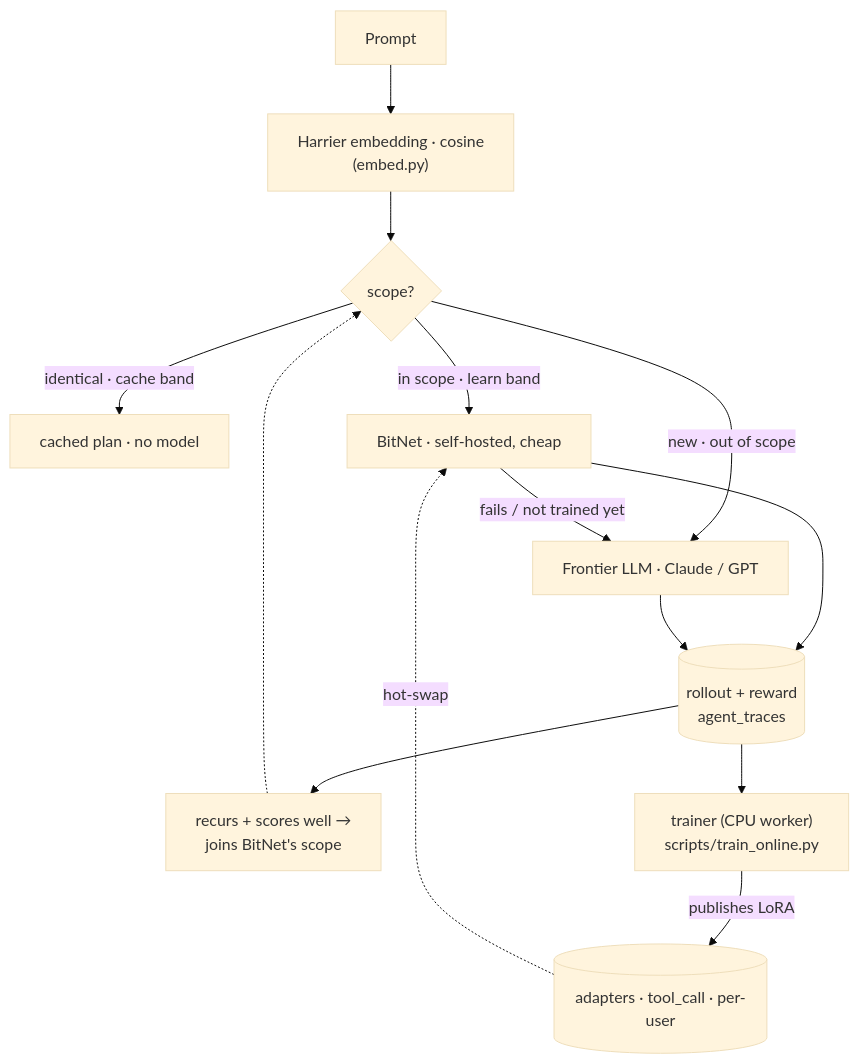
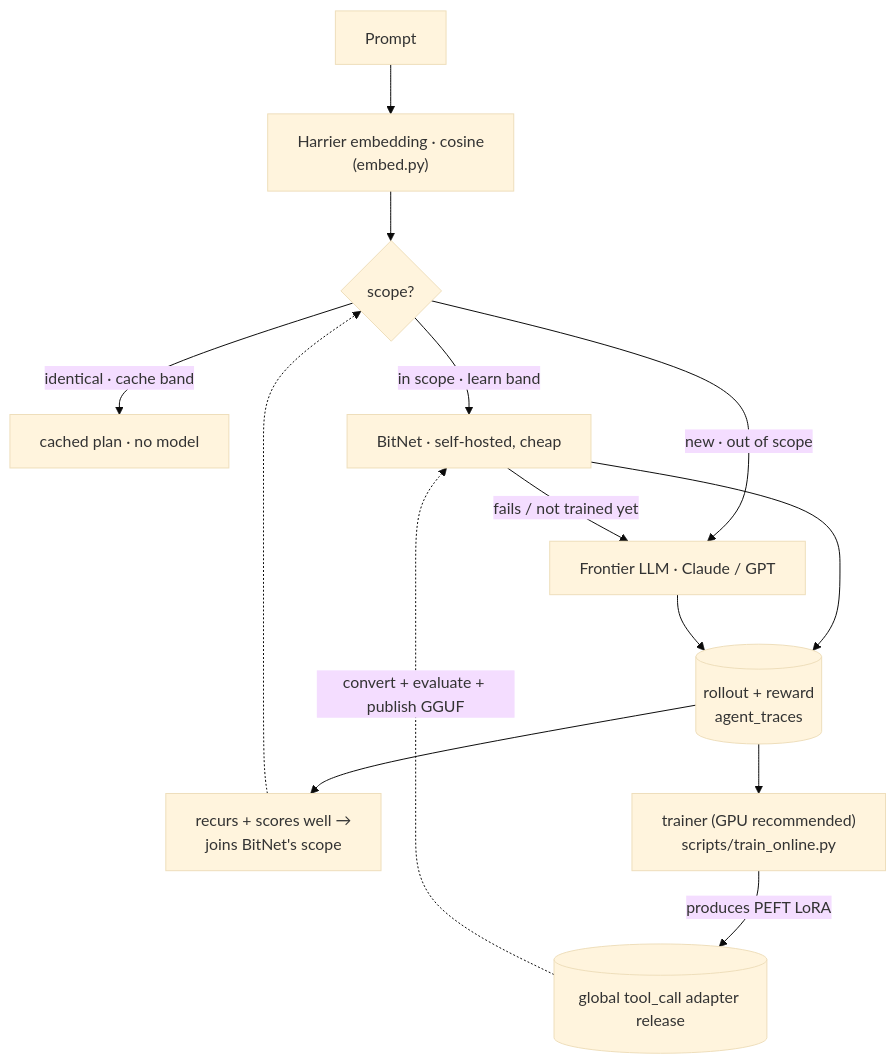
Before and after one commit to rohitkarumanchi745/studio: the eighth of 12 diagrams in README.md, drawn with Mermaid (base theme). The commit also changed other lines of this file and 90 other files, not shown here.

````diff
--- a/README.md
+++ b/README.md
@@ -1271,16 +1289,16 @@
 ```mermaid
 flowchart TB
     p["Prompt"] --> emb["Harrier embedding · cosine<br/>(embed.py)"]
     emb --> tier{"scope?"}
     tier -->|"identical · cache band"| cache["cached plan · no model"]
     tier -->|"in scope · learn band"| bit["BitNet · self-hosted, cheap"]
     tier -->|"new · out of scope"| fr["Frontier LLM · Claude / GPT"]
     bit -->|"fails / not trained yet"| fr
     bit --> roll[("rollout + reward<br/>agent_traces")]
     fr --> roll
     roll --> grow["recurs + scores well →<br/>joins BitNet's scope"]
-    roll --> trainer["trainer (CPU worker)<br/>scripts/train_online.py"]
-    trainer -->|"publishes LoRA"| ad[("adapters · tool_call · per-user")]
-    ad -.->|"hot-swap"| bit
+    roll --> trainer["trainer (GPU recommended)<br/>scripts/train_online.py"]
+    trainer -->|"produces PEFT LoRA"| ad[("global tool_call adapter release")]
+    ad -.->|"convert + evaluate + publish GGUF"| bit
     grow -.-> tier
 ```
````
